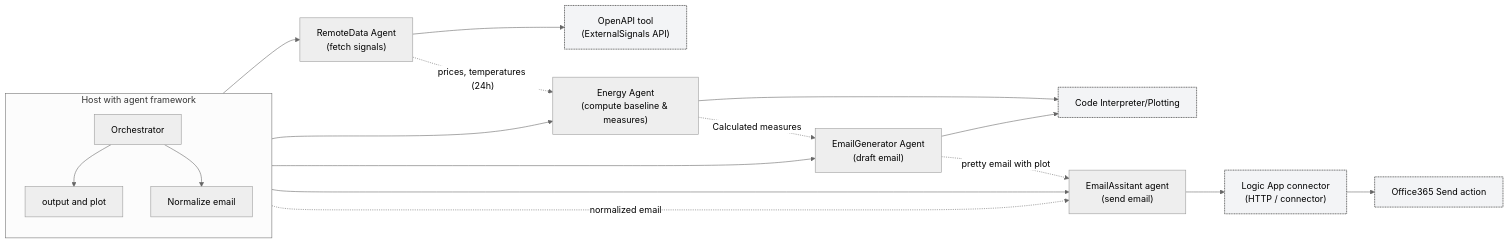
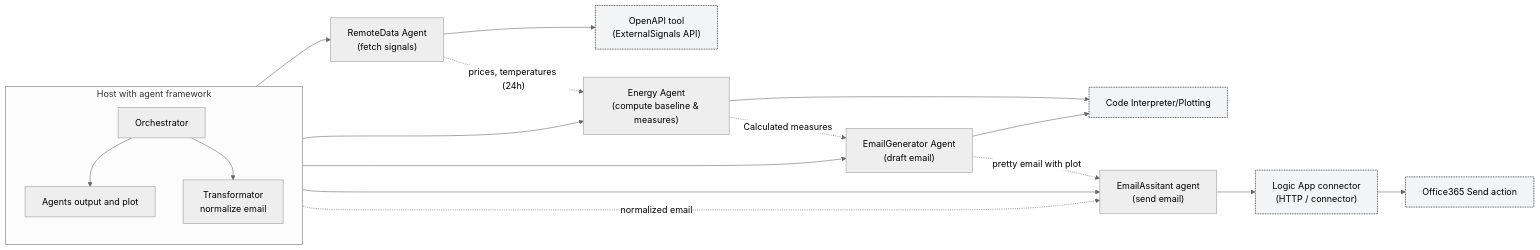
The first of 2 diagrams in README.md (katarinasvedman/foundry-demo-agent-framework-Playground), drawn with Mermaid (neutral theme) before and after one commit. The commit also changed other lines of this file and 16 other files, not shown here.

````diff
--- a/README.md
+++ b/README.md
@@ -21,31 +34,31 @@
 ```mermaid
 flowchart LR
 	subgraph Host[Host with agent framework]
 		direction TB
 		Orchestrator[Orchestrator]
-		Orchestrator --> Docs["output and plot"]
-		Orchestrator --> Transformator["Normalize email"]
+		Orchestrator --> Docs["Agents output and plot"]
+		Orchestrator --> Transformator["Transformator<br>normalize email"]
 	end
 
 	Orchestrator --> RemoteData["RemoteData Agent<br/>(fetch signals)"]
 	RemoteData --> OpenAPI["OpenAPI tool<br/>(ExternalSignals API)"]
 
 	Orchestrator --> Energy["Energy Agent<br/>(compute baseline & measures)"]	
 	RemoteData -.->|"prices, temperatures (24h)"| Energy
 	Energy --> CodeInterp["Code Interpreter / Python<br/>(local analysis)"]
 	Energy -.->|"Calculated measures"| EmailGenerator
 
 	Orchestrator --> EmailGenerator["EmailGenerator Agent<br/>(draft email)"]
 	
 	EmailGenerator --> CodeInterp["Code Interpreter/Plotting"]	
 	EmailGenerator -.->|"pretty email with plot"| EmailAssistant
 
 	Orchestrator --> EmailAssistant["EmailAssitant agent<br/>(send email)"]
-	Orchestrator -.->|"normalized email"| EmailAssistant
+	Transformator -.->|"normalized email"| EmailAssistant
 	EmailAssistant --> LogicAppConnector["Logic App connector<br/>(HTTP / connector)"]
 	LogicAppConnector --> Office365["Office365 Send action"]	
 		
 
 	classDef tool fill:#f3f4f6,stroke:#111,stroke-width:1px,stroke-dasharray: 2 1;
 	class OpenAPI,CodeInterp,LogicAppConnector,Office365 tool;
 ```
````
